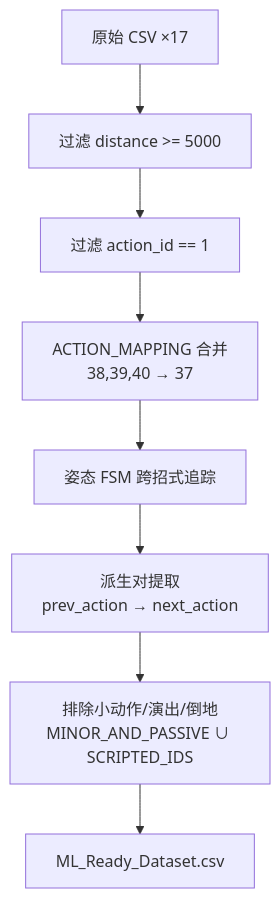
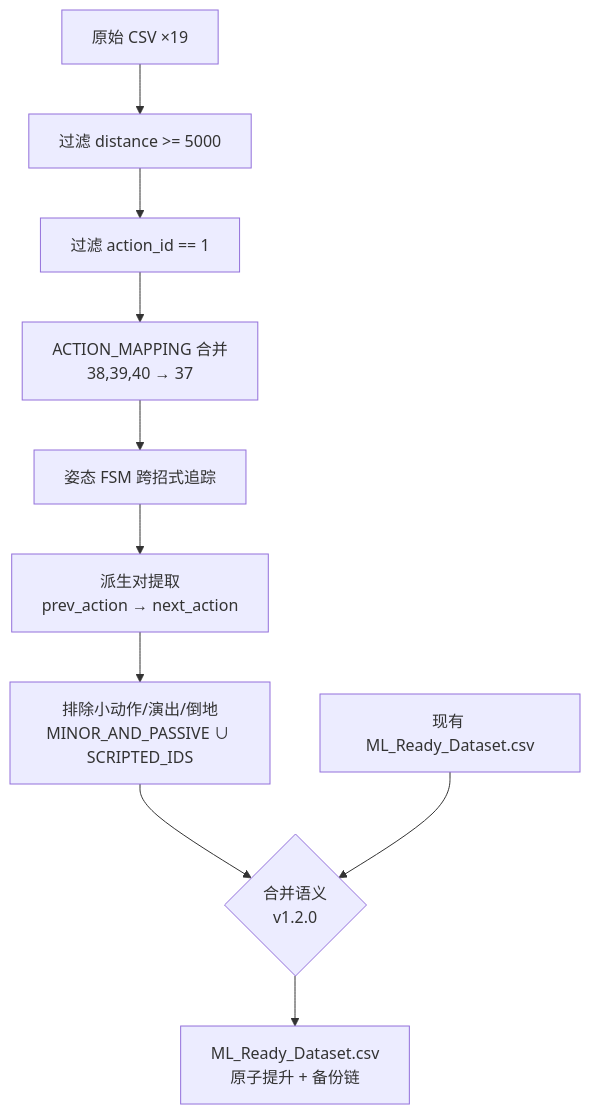
One commit to DeltMchey/Fatalis_Prediction changed the second of 2 diagrams in obsidian/Architecture/Data_Flow.md. Above: the diagram before and after it, drawn with Mermaid. The commit also changed other lines of this file and 7 other files, not shown here.

Commit message:
docs(vault): update Architecture and Development pages for v1.2.0 (ADR-P6.1, releases, 766 tests)

````diff
--- a/obsidian/Architecture/Data_Flow.md
+++ b/obsidian/Architecture/Data_Flow.md
@@ -92,10 +93,12 @@
 ```mermaid
 graph TD
-    CSV[原始 CSV ×17] --> F1[过滤 distance >= 5000]
+    CSV[原始 CSV ×19] --> F1[过滤 distance >= 5000]
     F1 --> F2[过滤 action_id == 1]
     F2 --> MAP[ACTION_MAPPING 合并<br/>38,39,40 → 37]
     MAP --> FS[姿态 FSM 跨招式追踪]
     FS --> EX[派生对提取<br/>prev_action → next_action]
     EX --> EXC[排除小动作/演出/倒地<br/>MINOR_AND_PASSIVE ∪ SCRIPTED_IDS]
-    EXC --> OUT[ML_Ready_Dataset.csv]
+    EXC --> MERGE{合并语义<br/>v1.2.0}
+    OLD[现有 ML_Ready_Dataset.csv] --> MERGE
+    MERGE --> OUT[ML_Ready_Dataset.csv<br/>原子提升 + 备份链]
 ```
````
